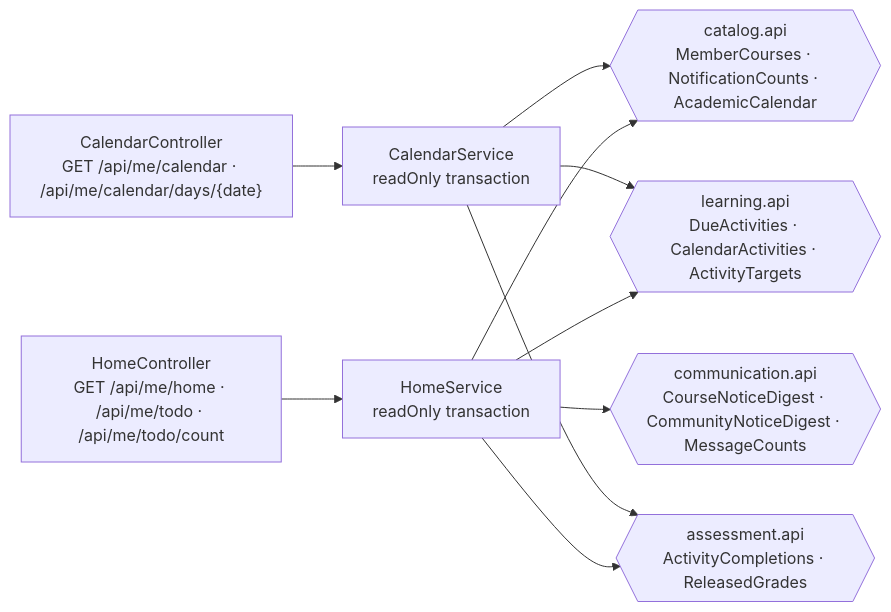
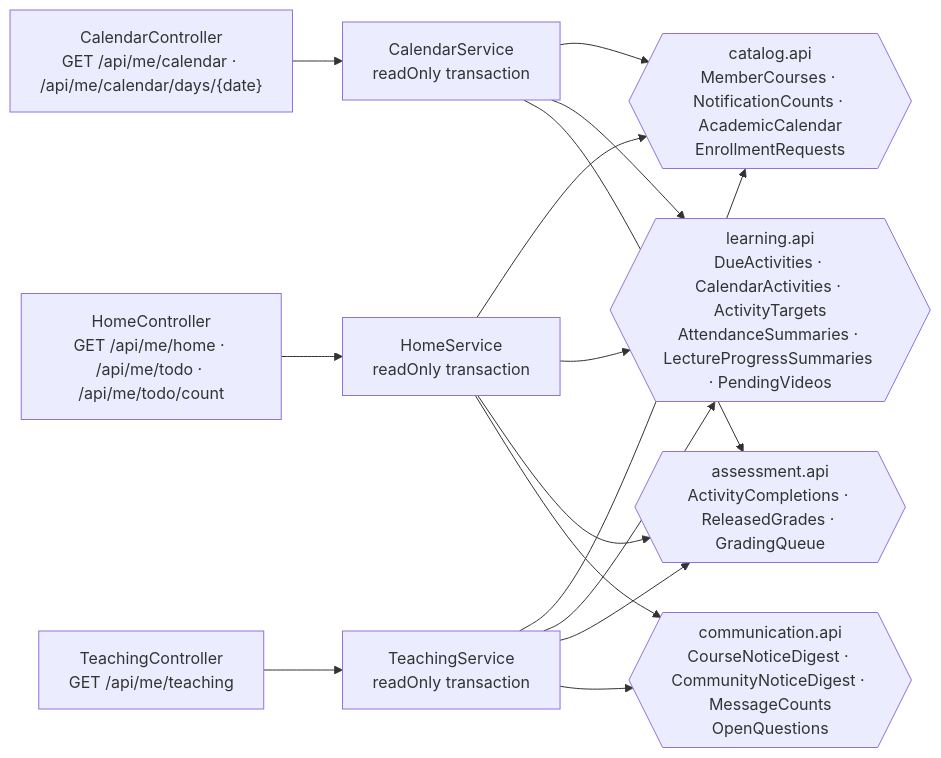
Diagram 15 of 18 in backend/docs/c4.md (2026ENDPoinT/team13), drawn with Mermaid before and after one commit. The commit also changed other lines of this file and 1 other file, not shown here.

````diff
--- a/backend/docs/c4.md
+++ b/backend/docs/c4.md
@@ -585,15 +586,19 @@
 ```mermaid
 flowchart LR
   HC["HomeController<br/>GET /api/me/home · /api/me/todo · /api/me/todo/count"]
   CC["CalendarController<br/>GET /api/me/calendar · /api/me/calendar/days/{date}"]
+  TC["TeachingController<br/>GET /api/me/teaching"]
   HS["HomeService<br/>readOnly transaction"]
   CS["CalendarService<br/>readOnly transaction"]
-  CAT{{"catalog.api<br/>MemberCourses · NotificationCounts · AcademicCalendar"}}
-  LRN{{"learning.api<br/>DueActivities · CalendarActivities · ActivityTargets"}}
-  ASM{{"assessment.api<br/>ActivityCompletions · ReleasedGrades"}}
-  COM{{"communication.api<br/>CourseNoticeDigest · CommunityNoticeDigest · MessageCounts"}}
+  TS["TeachingService<br/>readOnly transaction"]
+  CAT{{"catalog.api<br/>MemberCourses · NotificationCounts · AcademicCalendar<br/>EnrollmentRequests"}}
+  LRN{{"learning.api<br/>DueActivities · CalendarActivities · ActivityTargets<br/>AttendanceSummaries · LectureProgressSummaries · PendingVideos"}}
+  ASM{{"assessment.api<br/>ActivityCompletions · ReleasedGrades · GradingQueue"}}
+  COM{{"communication.api<br/>CourseNoticeDigest · CommunityNoticeDigest · MessageCounts<br/>OpenQuestions"}}
   HC --> HS
   CC --> CS
+  TC --> TS
   HS --> CAT & LRN & ASM & COM
   CS --> CAT & LRN & ASM
+  TS --> CAT & LRN & ASM & COM
 ```
````
